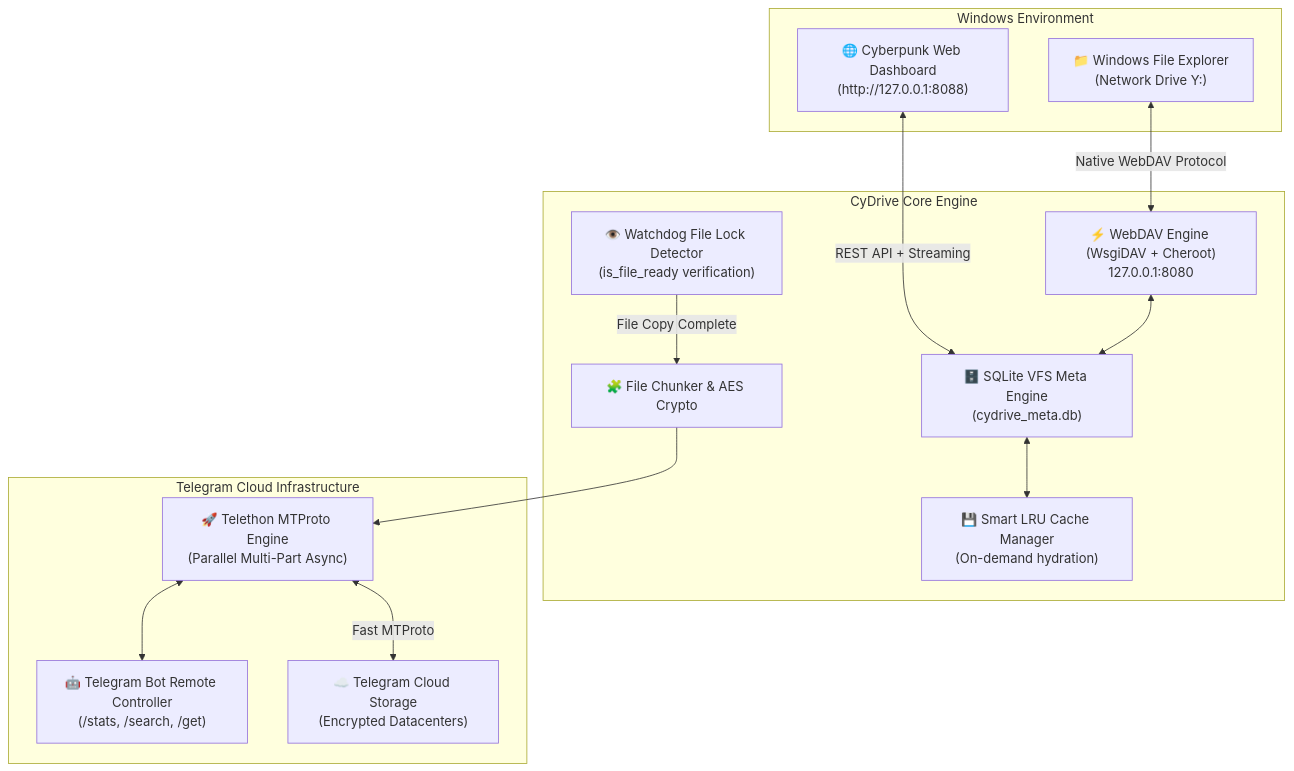
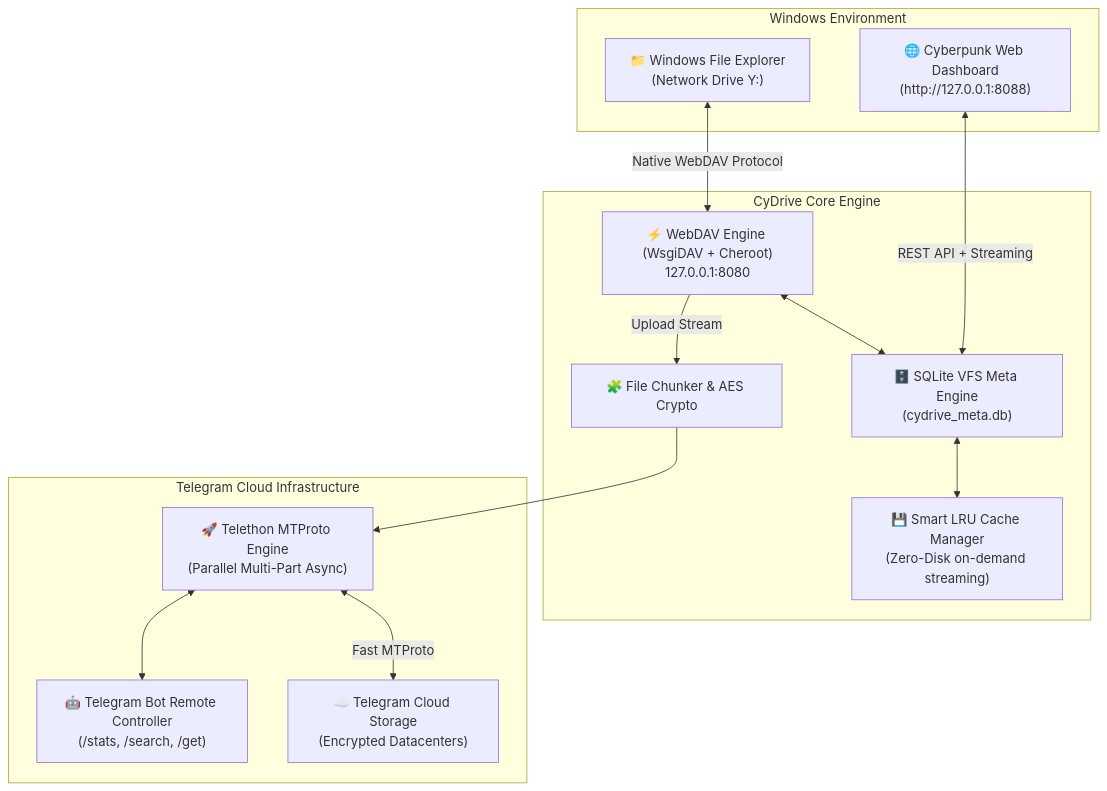
Before and after one commit to lp1688/CyDrive: the diagram in README.md, drawn with Mermaid. The commit also changed other lines of this file, not shown here.

````diff
--- a/README.md
+++ b/README.md
@@ -86,30 +85,29 @@
 ```mermaid
 flowchart TD
     subgraph Windows Environment
         EXP["📁 Windows File Explorer<br/>(Network Drive Y:)"]
         WEB["🌐 Cyberpunk Web Dashboard<br/>(http://127.0.0.1:8088)"]
     end
 
     subgraph CyDrive Core Engine
         WEBDAV["⚡ WebDAV Engine (WsgiDAV + Cheroot)<br/>127.0.0.1:8080"]
         VFS["🗄️ SQLite VFS Meta Engine<br/>(cydrive_meta.db)"]
-        WATCHER["👁️ Watchdog File Lock Detector<br/>(is_file_ready verification)"]
-        CACHE["💾 Smart LRU Cache Manager<br/>(On-demand hydration)"]
+        CACHE["💾 Smart LRU Cache Manager<br/>(Zero-Disk on-demand streaming)"]
         CHUNK["🧩 File Chunker & AES Crypto"]
     end
 
     subgraph Telegram Cloud Infrastructure
         CLIENT["🚀 Telethon MTProto Engine<br/>(Parallel Multi-Part Async)"]
         BOT["🤖 Telegram Bot Remote Controller<br/>(/stats, /search, /get)"]
         CLOUD["☁️ Telegram Cloud Storage<br/>(Encrypted Datacenters)"]
     end
 
     EXP <-->|Native WebDAV Protocol| WEBDAV
     WEB <-->|REST API + Streaming| VFS
     WEBDAV <--> VFS
     VFS <--> CACHE
-    WATCHER -->|File Copy Complete| CHUNK
+    WEBDAV -->|Upload Stream| CHUNK
     CHUNK --> CLIENT
     CLIENT <--> BOT
     CLIENT <-->|Fast MTProto| CLOUD
 ```
````
